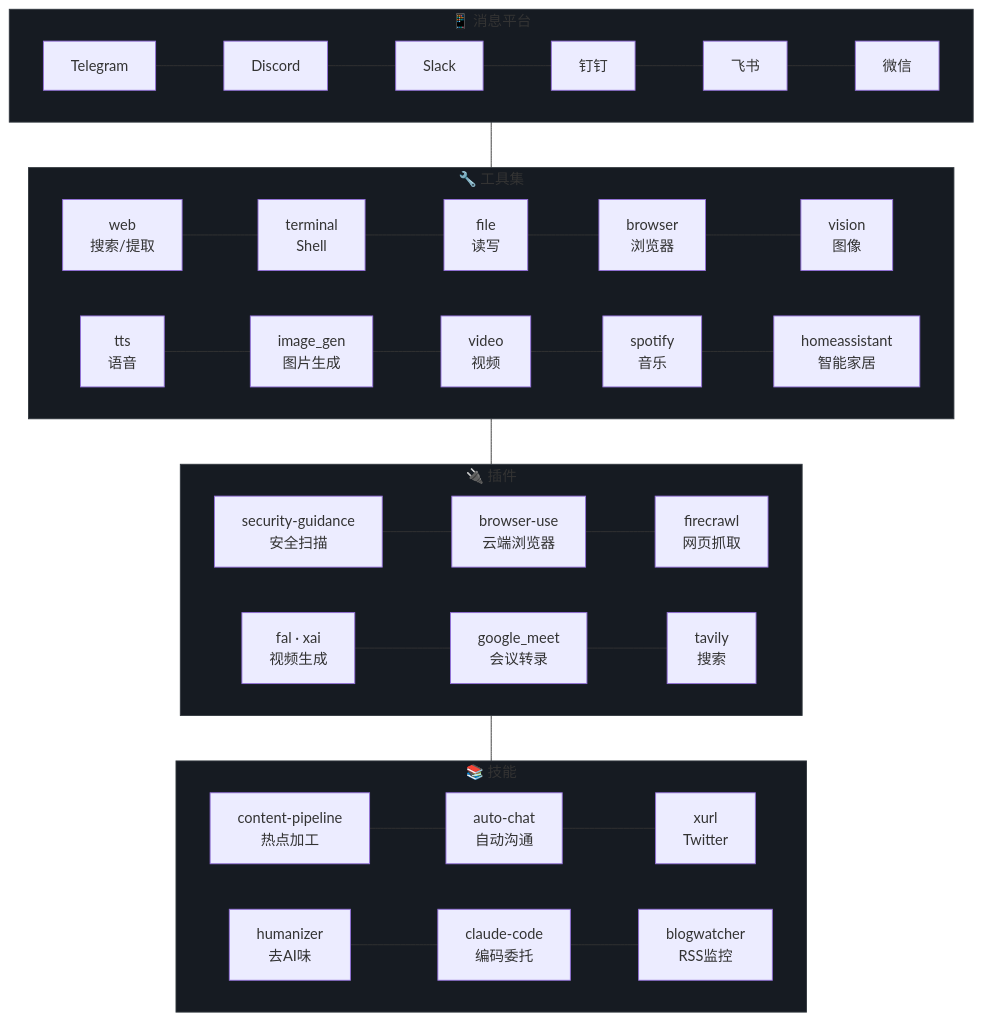
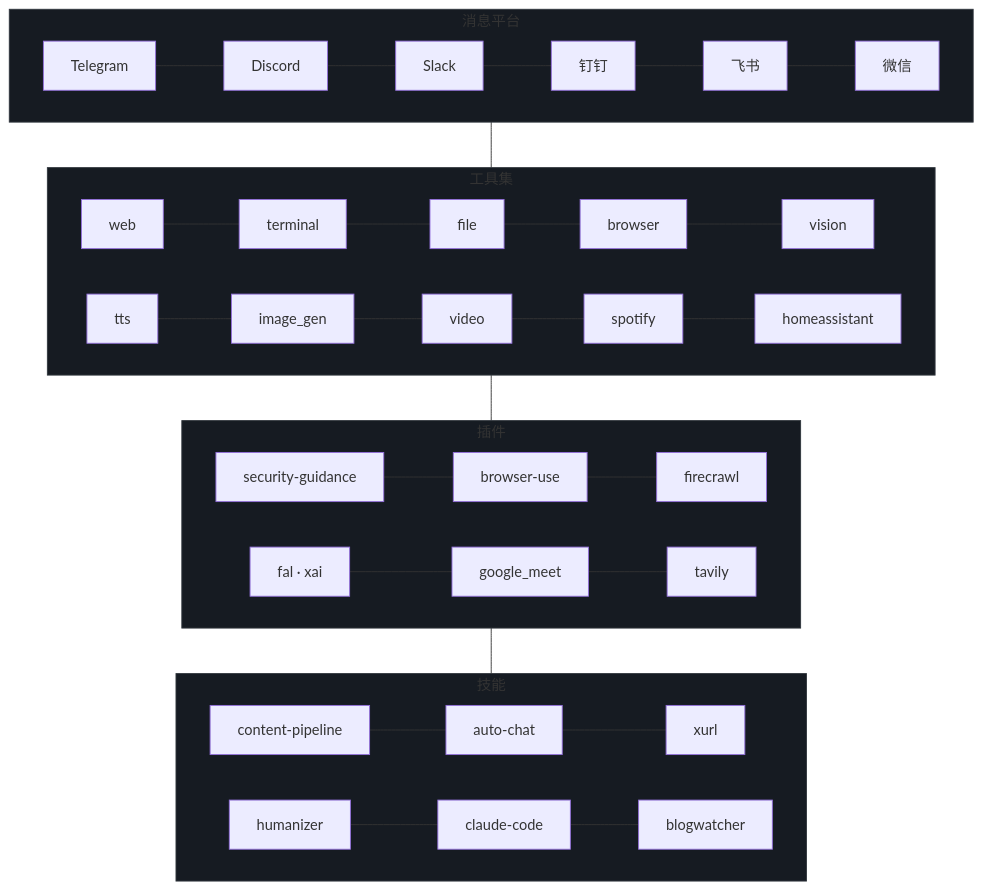
One commit to leohou0430/my-ai-stack changed diagram 11 of 14 in README.md. Above: the diagram before and after it, drawn with Mermaid. The commit also changed other lines of this file and 2 other files, not shown here.

Commit message:
Refactor code structure for improved readability and maintainability

````diff
--- a/README.md
+++ b/README.md
@@ -292,23 +437,23 @@
 ```mermaid
 graph TB
-    subgraph Platforms["📱 消息平台"]
+    subgraph Platforms["消息平台"]
         P1["Telegram"] --- P2["Discord"] --- P3["Slack"] --- P4["钉钉"] --- P5["飞书"] --- P6["微信"]
     end
-    subgraph Tools["🔧 工具集"]
-        T1["web<br>搜索/提取"] --- T2["terminal<br>Shell"] --- T3["file<br>读写"] --- T4["browser<br>浏览器"] --- T5["vision<br>图像"]
-        T6["tts<br>语音"] --- T7["image_gen<br>图片生成"] --- T8["video<br>视频"] --- T9["spotify<br>音乐"] --- T10["homeassistant<br>智能家居"]
+    subgraph Tools["工具集"]
+        T1["web"] --- T2["terminal"] --- T3["file"] --- T4["browser"] --- T5["vision"]
+        T6["tts"] --- T7["image_gen"] --- T8["video"] --- T9["spotify"] --- T10["homeassistant"]
     end
-    subgraph Plugins["🔌 插件"]
-        PL1["security-guidance<br>安全扫描"] --- PL2["browser-use<br>云端浏览器"] --- PL3["firecrawl<br>网页抓取"]
-        PL4["fal · xai<br>视频生成"] --- PL5["google_meet<br>会议转录"] --- PL6["tavily<br>搜索"]
+    subgraph Plugins["插件"]
+        PL1["security-guidance"] --- PL2["browser-use"] --- PL3["firecrawl"]
+        PL4["fal · xai"] --- PL5["google_meet"] --- PL6["tavily"]
     end
-    subgraph Skills["📚 技能"]
-        SK1["content-pipeline<br>热点加工"] --- SK2["auto-chat<br>自动沟通"] --- SK3["xurl<br>Twitter"]
-        SK4["humanizer<br>去AI味"] --- SK5["claude-code<br>编码委托"] --- SK6["blogwatcher<br>RSS监控"]
+    subgraph Skills["技能"]
+        SK1["content-pipeline"] --- SK2["auto-chat"] --- SK3["xurl"]
+        SK4["humanizer"] --- SK5["claude-code"] --- SK6["blogwatcher"]
     end
     Platforms --- Tools --- Plugins --- Skills
     style Platforms fill:#161b22,stroke:#30363d
     style Tools fill:#161b22,stroke:#30363d
     style Plugins fill:#161b22,stroke:#30363d
     style Skills fill:#161b22,stroke:#30363d
 ```
````
